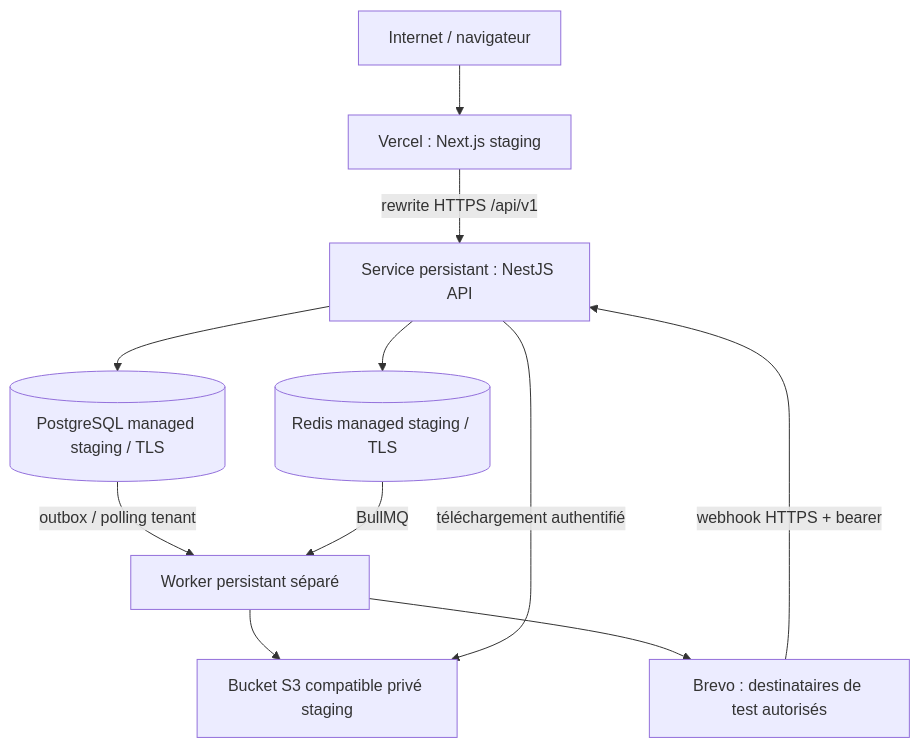
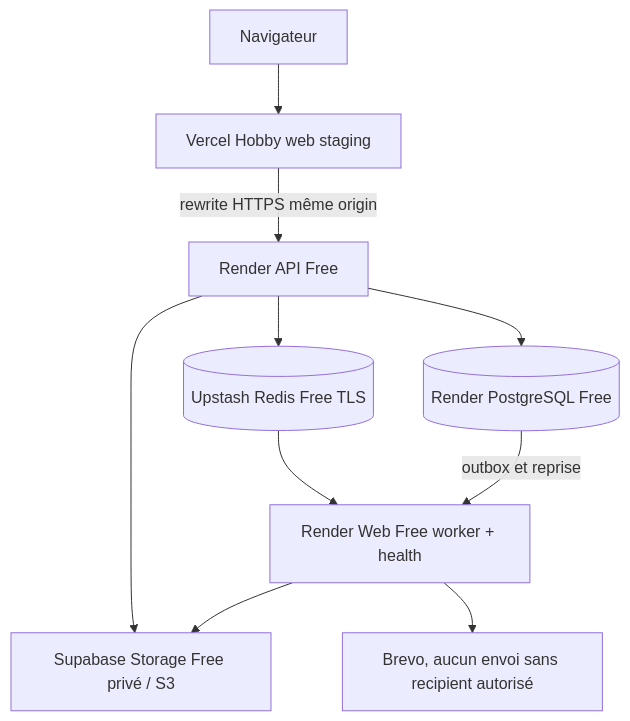
The diagram in docs/lot14-staging.md (BALLOPROTEL/GestSchool_V3), drawn with Mermaid before and after one commit. The commit also changed other lines of this file and 14 other files, not shown here.

Commit message:
chore(staging): prepare free storage and worker certification

````diff
--- a/docs/lot14-staging.md
+++ b/docs/lot14-staging.md
@@ -24,13 +15,12 @@
 ```mermaid
 flowchart TD
-  browser[Internet / navigateur] --> web[Vercel : Next.js staging]
-  web -->|rewrite HTTPS /api/v1| api[Service persistant : NestJS API]
-  api --> db[(PostgreSQL managed staging / TLS)]
-  api --> redis[(Redis managed staging / TLS)]
-  db -->|outbox / polling tenant| worker[Worker persistant séparé]
-  redis -->|BullMQ| worker
-  worker --> s3[Bucket S3 compatible privé staging]
-  worker --> brevo[Brevo : destinataires de test autorisés]
-  brevo -->|webhook HTTPS + bearer| api
-  api -->|téléchargement authentifié| s3
+  browser[Navigateur] --> web[Vercel Hobby web staging]
+  web -->|rewrite HTTPS même origin| api[Render API Free]
+  api --> db[(Render PostgreSQL Free)]
+  api --> redis[(Upstash Redis Free TLS)]
+  db -->|outbox et reprise| worker[Render Web Free worker + health]
+  redis --> worker
+  worker --> storage[Supabase Storage Free privé / S3]
+  api --> storage
+  worker --> brevo[Brevo, aucun envoi sans recipient autorisé]
 ```
````
